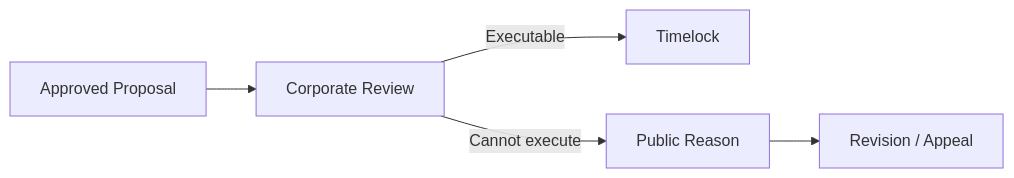
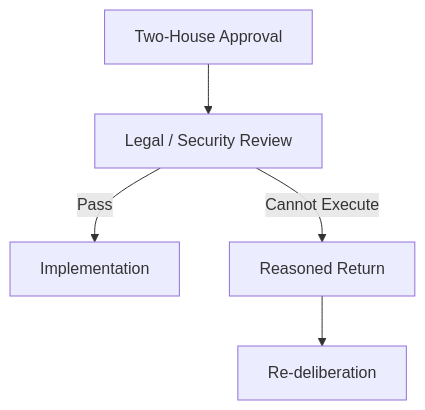
Before and after one commit to ShigeichiroYamasaki/creator-first-platform: diagram 14 of 23 in docs/whitepaper/07-governance.md, drawn with Mermaid. The commit also changed other lines of this file and 1 other file, not shown here.

````diff
--- a/docs/whitepaper/07-governance.md
+++ b/docs/whitepaper/07-governance.md
@@ -421,10 +634,10 @@
 ```mermaid
-flowchart LR
-    APPROVED[Approved Proposal]
-    CORP[Corporate Review]
+flowchart TD
+    APPROVED[Two-House Approval]
+    REVIEW[Legal / Security Review]
 
-    APPROVED --> CORP
-    CORP -->|Executable| TIME[Timelock]
-    CORP -->|Cannot execute| REASON[Public Reason]
-    REASON --> REVISE[Revision / Appeal]
+    APPROVED --> REVIEW
+    REVIEW -->|Pass| IMPLEMENT[Implementation]
+    REVIEW -->|Cannot Execute| RETURN[Reasoned Return]
+    RETURN --> HOUSES[Re-deliberation]
 ```
````
